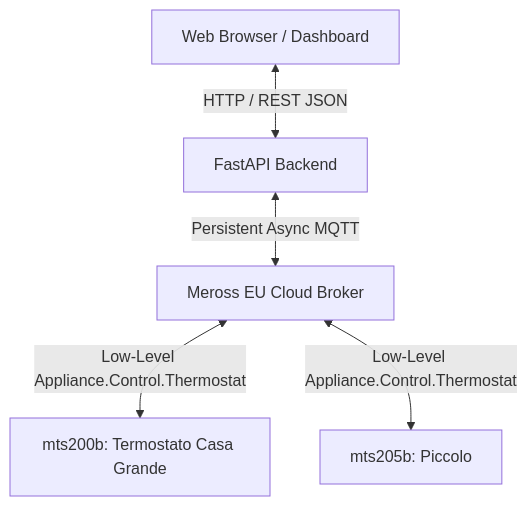
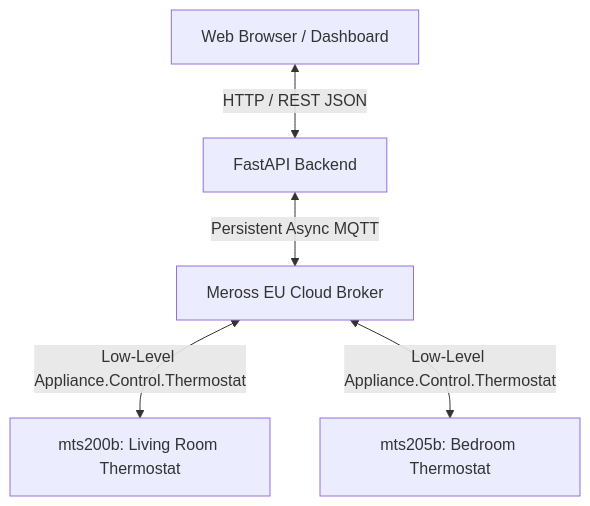
Before and after one commit to ecuriotto/meross-thermo-scheduler: the diagram in README.md, drawn with Mermaid.

Commit message:
docs: generalize example device names in README architecture diagram

````diff
--- a/README.md
+++ b/README.md
@@ -40,7 +40,7 @@
 ```mermaid
 graph TD
     A[Web Browser / Dashboard] <-->|HTTP / REST JSON| B[FastAPI Backend]
     B <-->|Persistent Async MQTT| C[Meross EU Cloud Broker]
-    C <-->|Low-Level Appliance.Control.Thermostat| D[mts200b: Termostato Casa Grande]
-    C <-->|Low-Level Appliance.Control.Thermostat| E[mts205b: Piccolo]
+    C <-->|Low-Level Appliance.Control.Thermostat| D[mts200b: Living Room Thermostat]
+    C <-->|Low-Level Appliance.Control.Thermostat| E[mts205b: Bedroom Thermostat]
 ```
````
